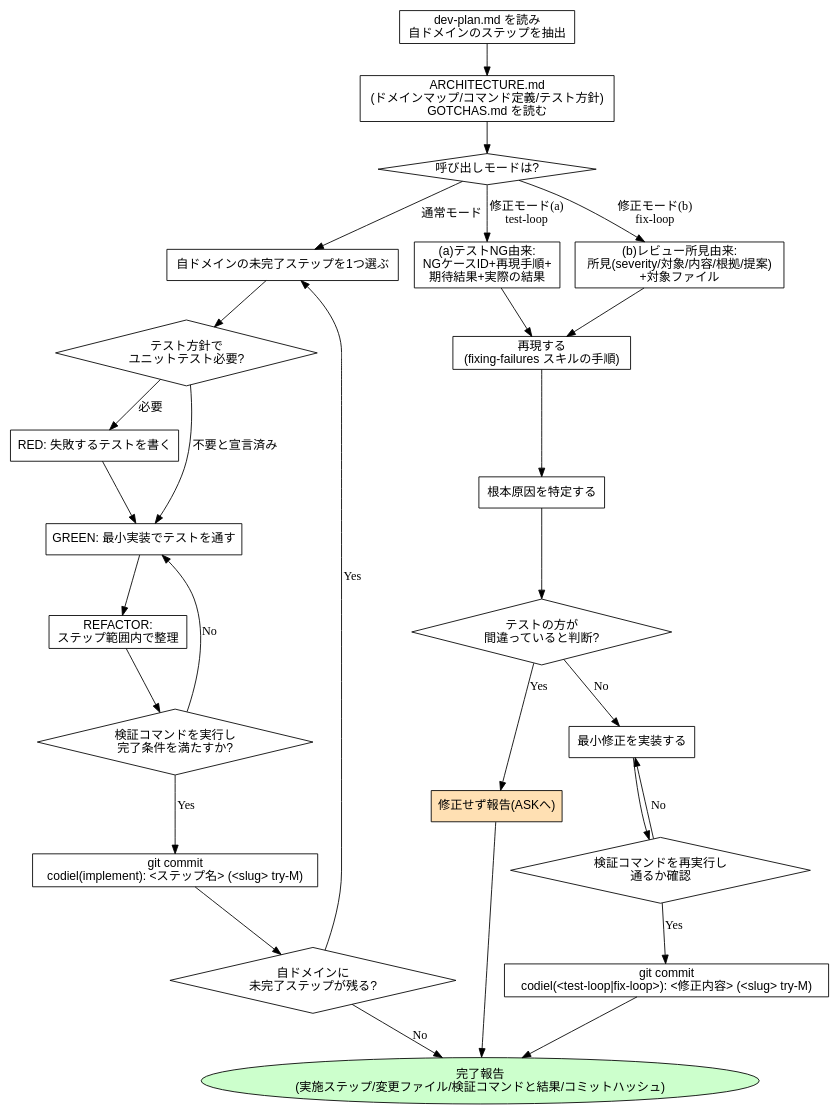
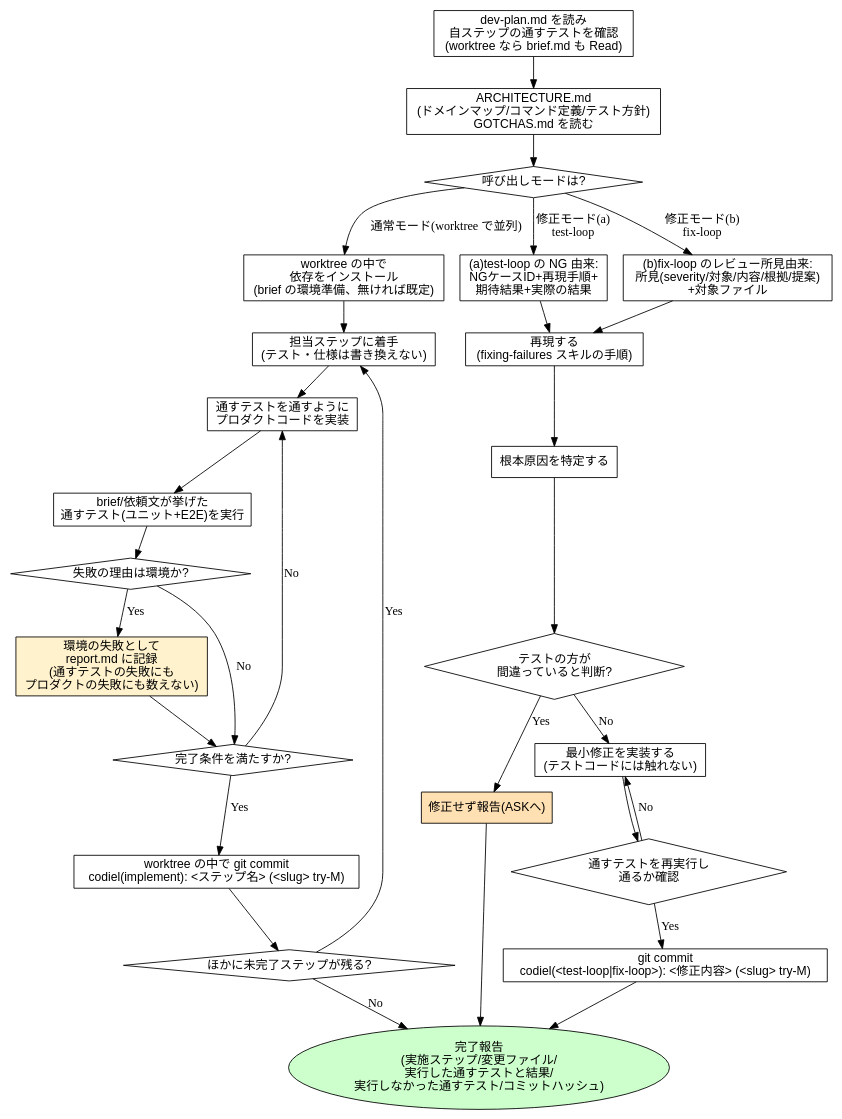
Before and after one commit to Amatsuka-kobo/amatsuka-claude-plugins: the sixth of 15 diagrams in plugins/codiel/docs/skill-flowcharts.md, drawn with Graphviz. The commit also changed other lines of this file and 66 other files, not shown here.

````diff
--- a/plugins/codiel/docs/skill-flowcharts.md
+++ b/plugins/codiel/docs/skill-flowcharts.md
@@ -188,57 +193,58 @@
 ```dot
 digraph implementing {
   rankdir=TB;
   node [fontname="sans-serif"];
 
-  read_plan [label="dev-plan.md を読み\n自ドメインのステップを抽出", shape=box];
+  read_plan [label="dev-plan.md を読み\n自ステップの通すテストを確認\n(worktree なら brief.md も Read)", shape=box];
   read_arch [label="ARCHITECTURE.md\n(ドメインマップ/コマンド定義/テスト方針)\nGOTCHAS.md を読む", shape=box];
   mode [label="呼び出しモードは?", shape=diamond];
 
-  next_step [label="自ドメインの未完了ステップを1つ選ぶ", shape=box];
-  need_test [label="テスト方針で\nユニットテスト必要?", shape=diamond];
-  red [label="RED: 失敗するテストを書く", shape=box];
-  green [label="GREEN: 最小実装でテストを通す", shape=box];
-  refactor [label="REFACTOR:\nステップ範囲内で整理", shape=box];
-  verify [label="検証コマンドを実行し\n完了条件を満たすか?", shape=diamond];
-  commit_step [label="git commit\ncodiel(implement): <ステップ名> (<slug> try-M)", shape=box];
-  more_steps [label="自ドメインに\n未完了ステップが残る?", shape=diamond];
+  install [label="worktree の中で\n依存をインストール\n(brief の環境準備、無ければ既定)", shape=box];
+  next_step [label="担当ステップに着手\n(テスト・仕様は書き換えない)", shape=box];
+  implement_code [label="通すテストを通すように\nプロダクトコードを実装", shape=box];
+  run_tests [label="brief/依頼文が挙げた\n通すテスト(ユニット+E2E)を実行", shape=box];
+  env_check [label="失敗の理由は環境か?", shape=diamond];
+  env_report [label="環境の失敗として\nreport.md に記録\n(通すテストの失敗にも\nプロダクトの失敗にも数えない)", shape=box, style=filled, fillcolor="#fff2cc"];
+  verify [label="完了条件を満たすか?", shape=diamond];
+  commit_step [label="worktree の中で git commit\ncodiel(implement): <ステップ名> (<slug> try-M)", shape=box];
+  more_steps [label="ほかに未完了ステップが残る?", shape=diamond];
 
-  receive_a [label="(a)テストNG由来:\nNGケースID+再現手順+\n期待結果+実際の結果", shape=box];
-  receive_b [label="(b)レビュー所見由来:\n所見(severity/対象/内容/根拠/提案)\n+対象ファイル", shape=box];
+  receive_a [label="(a)test-loop の NG 由来:\nNGケースID+再現手順+\n期待結果+実際の結果", shape=box];
+  receive_b [label="(b)fix-loop のレビュー所見由来:\n所見(severity/対象/内容/根拠/提案)\n+対象ファイル", shape=box];
   reproduce [label="再現する\n(fixing-failures スキルの手順)", shape=box];
   root_cause [label="根本原因を特定する", shape=box];
   spec_wrong [label="テストの方が\n間違っていると判断?", shape=diamond];
   escalate [label="修正せず報告(ASKへ)", shape=box, style=filled, fillcolor="#ffe0b3"];
-  minimal_fix [label="最小修正を実装する", shape=box];
-  verify_fix [label="検証コマンドを再実行し\n通るか確認", shape=diamond];
+  minimal_fix [label="最小修正を実装する\n(テストコードには触れない)", shape=box];
+  verify_fix [label="通すテストを再実行し\n通るか確認", shape=diamond];
   commit_fix [label="git commit\ncodiel(<test-loop|fix-loop>): <修正内容> (<slug> try-M)", shape=box];
 
-  report [label="完了報告\n(実施ステップ/変更ファイル/検証コマンドと結果/コミットハッシュ)", shape=ellipse, style=filled, fillcolor="#ccffcc"];
+  report [label="完了報告\n(実施ステップ/変更ファイル/\n実行した通すテストと結果/\n実行しなかった通すテスト/コミットハッシュ)", shape=ellipse, style=filled, fillcolor="#ccffcc"];
 
   read_plan -> read_arch -> mode;
-  mode -> next_step [label="通常モード"];
+  mode -> install [label="通常モード(worktree で並列)"];
   mode -> receive_a [label="修正モード(a)\ntest-loop"];
   mode -> receive_b [label="修正モード(b)\nfix-loop"];
 
-  next_step -> need_test;
-  need_test -> red [label="必要"];
-  need_test -> green [label="不要と宣言済み"];
-  red -> green -> refactor -> verify;
-  verify -> green [label="No"];
+  install -> next_step -> implement_code -> run_tests -> env_check;
+  env_check -> env_report [label="Yes"];
+  env_check -> verify [label="No"];
+  env_report -> verify;
+  verify -> implement_code [label="No"];
   verify -> commit_step [label="Yes"];
   commit_step -> more_steps;
   more_steps -> next_step [label="Yes"];
   more_steps -> report [label="No"];
 
   receive_a -> reproduce;
   receive_b -> reproduce;
   reproduce -> root_cause -> spec_wrong;
   spec_wrong -> escalate [label="Yes"];
   spec_wrong -> minimal_fix [label="No"];
   minimal_fix -> verify_fix;
   verify_fix -> minimal_fix [label="No"];
   verify_fix -> commit_fix [label="Yes"];
   commit_fix -> report;
   escalate -> report;
 }
 ```
````
